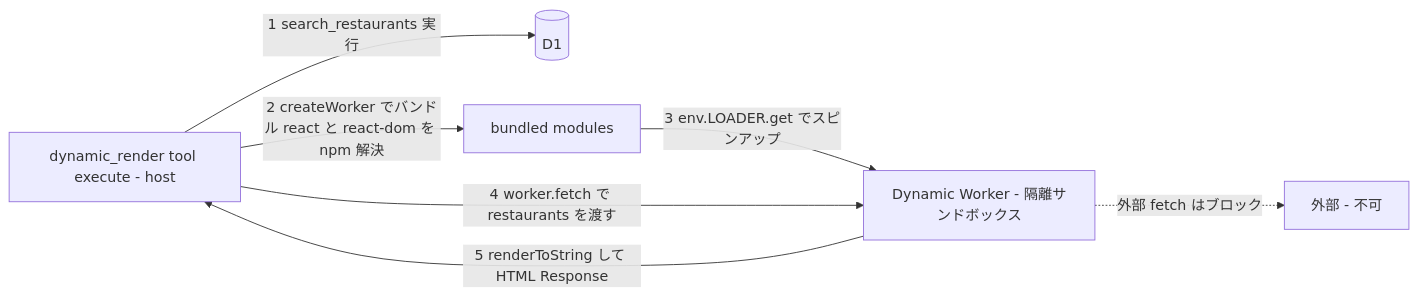
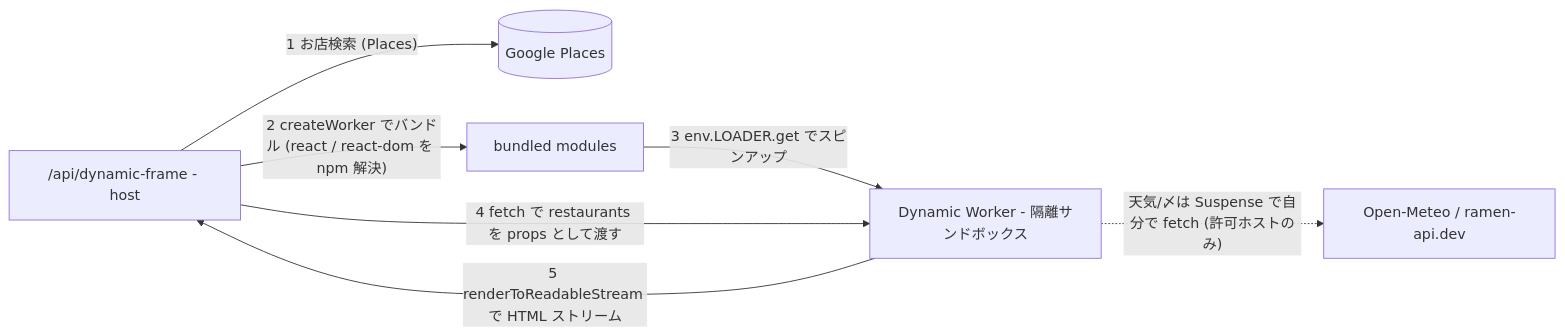
Before and after one commit to yusukebe/generative-ui-playground: the second of 2 diagrams in README.md, drawn with Mermaid. The commit also changed other lines of this file and 14 other files, not shown here.

````diff
--- a/README.md
+++ b/README.md
@@ -118,9 +120,9 @@
 ```mermaid
 flowchart LR
-  DR["dynamic_render tool execute - host"] -->|1 search_restaurants 実行| DB[("D1")]
-  DR -->|2 createWorker でバンドル react と react-dom を npm 解決| WB["bundled modules"]
-  WB -->|3 env.LOADER.get でスピンアップ| DW["Dynamic Worker - 隔離サンドボックス"]
-  DR -->|4 worker.fetch で restaurants を渡す| DW
-  DW -->|5 renderToString して HTML Response| DR
-  DW -.->|外部 fetch はブロック| X1["外部 - 不可"]
+  DR["/api/dynamic-frame - host"] -->|"1 お店検索 (Places)"| X[("Google Places")]
+  DR -->|"2 createWorker でバンドル (react / react-dom を npm 解決)"| WB["bundled modules"]
+  WB -->|"3 env.LOADER.get でスピンアップ"| DW["Dynamic Worker - 隔離サンドボックス"]
+  DR -->|"4 fetch で restaurants を props として渡す"| DW
+  DW -->|"5 renderToReadableStream で HTML ストリーム"| DR
+  DW -.->|"天気/〆は Suspense で自分で fetch (許可ホストのみ)"| X2["Open-Meteo / ramen-api.dev"]
 ```
````
